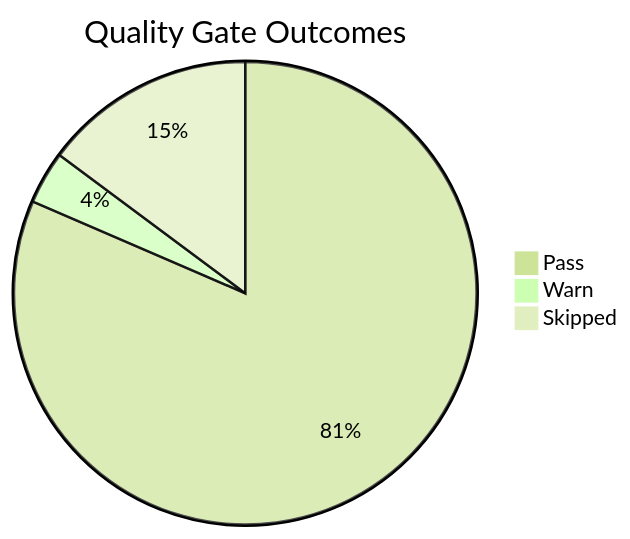
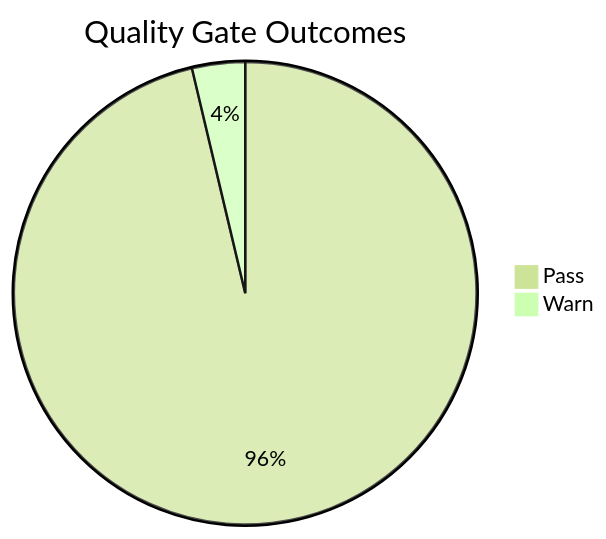
The diagram in docs/meta/golden-status.md (yeongseon/azure-app-service-practical-guide), drawn with Mermaid (forest theme) before and after one commit. The commit also changed other lines of this file, not shown here.

````diff
--- a/docs/meta/golden-status.md
+++ b/docs/meta/golden-status.md
@@ -42,6 +42,5 @@
 ```mermaid
 pie title Quality Gate Outcomes
-    "Pass" : 22
+    "Pass" : 26
     "Warn" : 1
-    "Skipped" : 4
 ```
````
